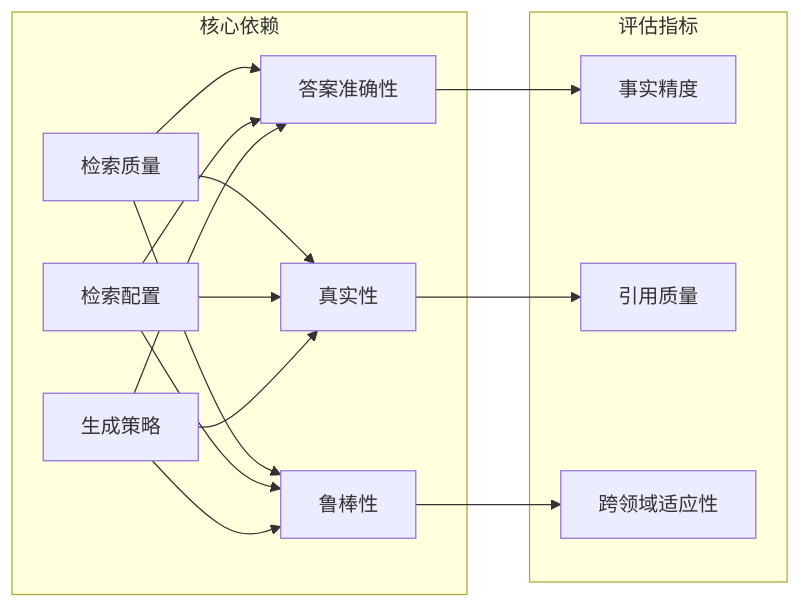
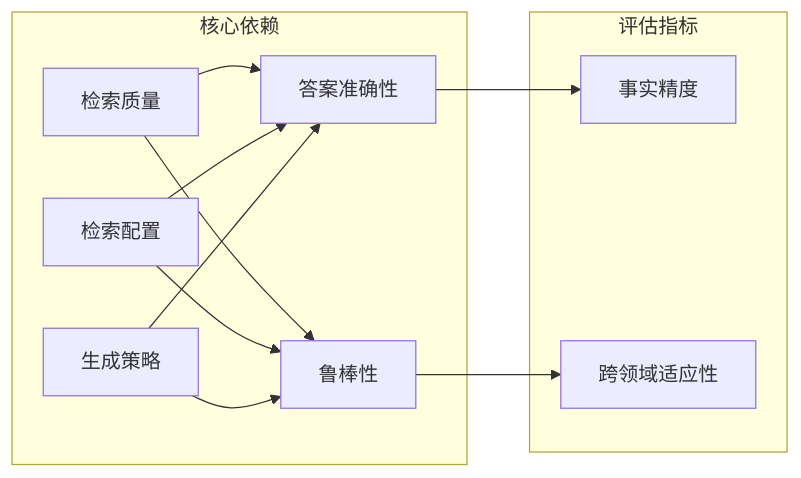
The fifth of 5 diagrams in .qoder/repowiki/zh/content/项目概述.md (kitee0918/-nlp-rag-project), drawn with Mermaid before and after one commit. The commit also changed other lines of this file and 9 other files, not shown here.

````diff
--- a/.qoder/repowiki/zh/content/项目概述.md
+++ b/.qoder/repowiki/zh/content/项目概述.md
@@ -284,19 +238,15 @@
 ```mermaid
 graph LR
 subgraph "核心依赖"
 A[检索质量] --> C[答案准确性]
 B[检索配置] --> C
 D[生成策略] --> C
-A --> E[真实性]
+A --> E[鲁棒性]
 B --> E
 D --> E
-A --> F[鲁棒性]
-B --> F
-D --> F
 end
 subgraph "评估指标"
 C --> G[事实精度]
-E --> H[引用质量]
-F --> I[跨领域适应性]
+E --> I[跨领域适应性]
 end
 ```
````
